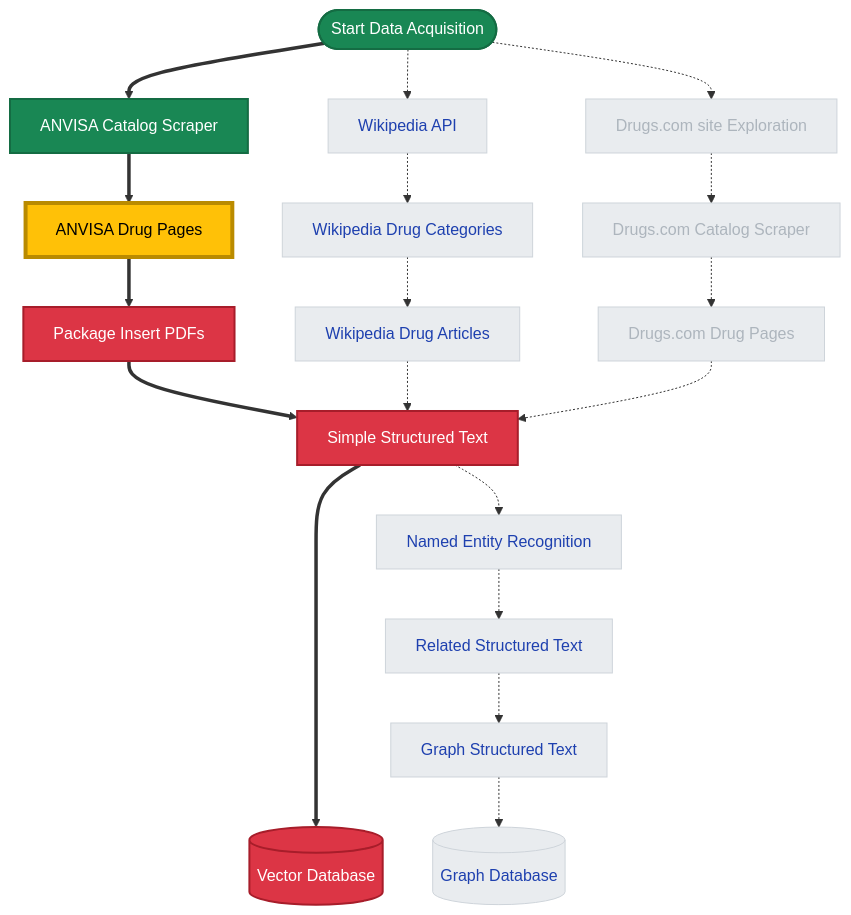
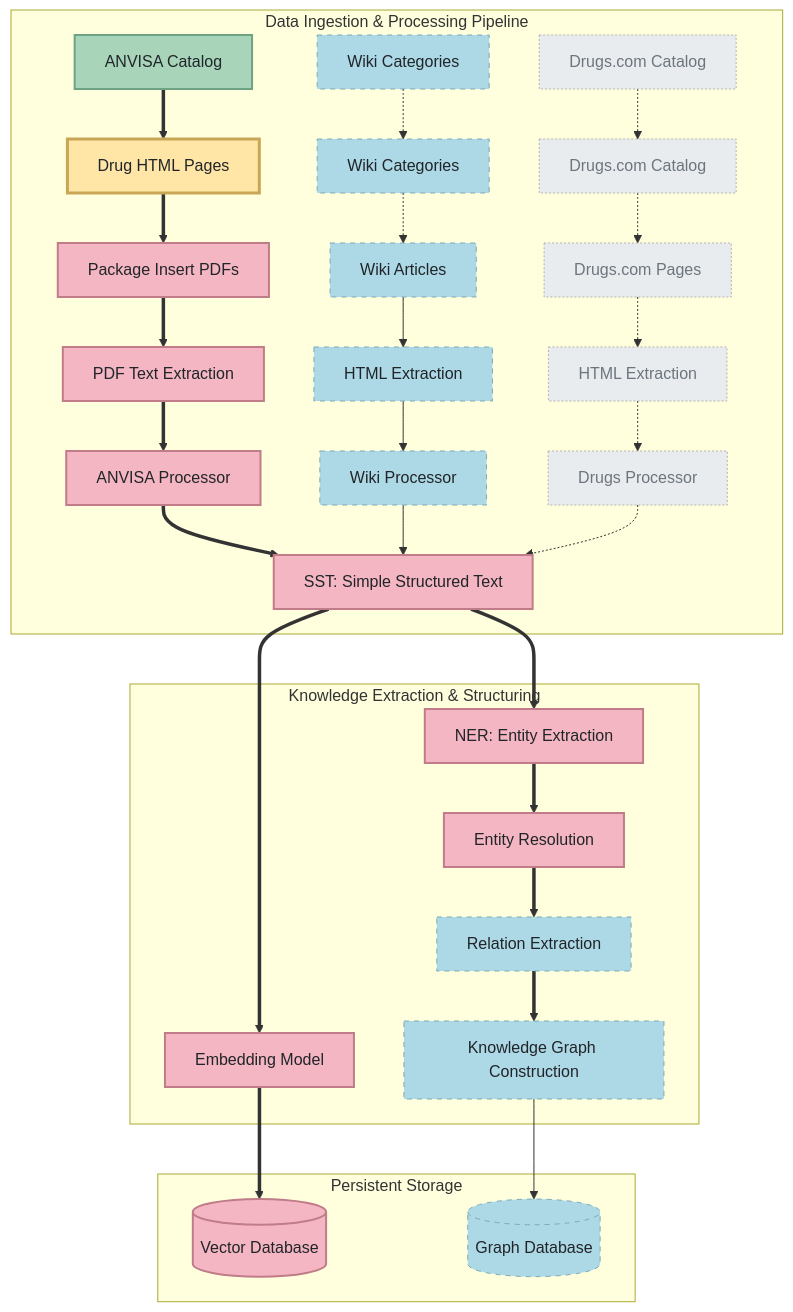
The second of 2 diagrams in docs/index.md (vinnylg/leafletslm), drawn with Mermaid before and after one commit. The commit also changed other lines of this file and 6 other files, not shown here.

````diff
--- a/docs/index.md
+++ b/docs/index.md
@@ -27,43 +49,71 @@
 ```mermaid
 flowchart TD
-    classDef done fill:#198754,stroke:#146c43,stroke-width:2px,color:white;
-    classDef active fill:#ffc107,stroke:#ba8b00,stroke-width:4px,color:black;
-    classDef mvp fill:#dc3545,stroke:#a71d2a,stroke-width:2px,color:white;
-    classDef future fill:#e9ecef,stroke:#ced4da,stroke-width:1px,color:#1e40af;
-    classDef dead fill:#e9ecef,stroke:#ced4da,stroke-width:1px,color:#adb5bd;
+
+    %% Definição de Estilos
+    classDef done fill:#a8d5ba,stroke:#6da382,stroke-width:2px,color:#212529;
+    classDef active fill:#ffe6a7,stroke:#c9a655,stroke-width:3px,color:#212529;
+    classDef must fill:#f4b6c2,stroke:#c07c88,stroke-width:2px,color:#212529;
+    classDef could fill:#add8e6,stroke:#7daab6,stroke-width:1px,stroke-dasharray: 5 5,color:#212529;
+    classDef drop fill:#e9ecef,stroke:#b0b0b0,stroke-width:1px,stroke-dasharray: 2 2,color:#6c757d;
+
+    %% Subgrafo Unificado: Ingestão e Processamento
+    subgraph Pipeline [Data Ingestion & Processing Pipeline]
         
-    Begin([Start Data Acquisition]):::done
+        %% Track ANVISA
+        AnvisaCat[ANVISA Catalog]:::done
+        AnvisaPage[Drug HTML Pages]:::active
+        AnvisaPDF[Package Insert PDFs]:::must
+        AExt[PDF Text Extraction]:::must
+        AProc[ANVISA Processor]:::must
+
+        %% Track Wikipedia
+        WikiA[Wiki Categories]:::could
+        Wiki[Wiki Categories]:::could
+        WikiPage[Wiki Articles]:::could
+        WExt[HTML Extraction]:::could
+        WProc[Wiki Processor]:::could
+
+        %% Track Drugs.com
+        DrugsA[Drugs.com Catalog]:::drop
+        Drugs[Drugs.com Catalog]:::drop
+        DrugsPage[Drugs.com Pages]:::drop
+        DExt[HTML Extraction]:::drop
+        DProc[Drugs Processor]:::drop
+
+        %% Convergence Point
+        SST[SST: Simple Structured Text]:::must
+
+        %% Fluxos
+        AnvisaCat ==> AnvisaPage ==> AnvisaPDF ==> AExt ==> AProc ==> SST
+        WikiA -.-> Wiki -.->WikiPage --> WExt --> WProc --> SST
+        DrugsA -.-> Drugs -.-> DrugsPage -.-> DExt -.-> DProc -.-> SST
+    end
+
+    %% Subgrafo: Enriquecimento Semântico (NLP)
+    subgraph Enrichment [Knowledge Extraction & Structuring]
+        
+        %% Caminho Vetorial
+        Embed[Embedding Model]:::must
+        
+        %% Caminho do Grafo
+        NER[NER: Entity Extraction]:::must
+        EntRes[Entity Resolution]:::must
+        RelExt[Relation Extraction]:::could
+        KGConst[Knowledge Graph Construction]:::could
+
+        %% Conexões Lógicas
+        SST ==> Embed
+        SST ==> NER ==> EntRes ==> RelExt ==> KGConst
+    end
     
-    Catalog[ANVISA Catalog Scraper]:::done
-    AnvisaPage[ANVISA Drug Pages]:::active
-    PDF[Package Insert PDFs]:::mvp 
-    
-    WikiAPI[Wikipedia API]:::future
-    Wiki[Wikipedia Drug Categories]:::future
-    WikiPage[Wikipedia Drug Articles]:::future
-    
-    Drugs[Drugs.com site Exploration]:::future
-    DrugsCat[Drugs.com Catalog Scraper]:::future
-    DrugsPage[Drugs.com Drug Pages]:::future
-    
-    SST[Simple Structured Text]:::mvp
-    NER[Named Entity Recognition]:::future
-    RST[Related Structured Text]:::future
-    GST[Graph Structured Text]:::future
-    
-    VDB[(Vector Database)]:::mvp
-    GDB[(Graph Database)]:::future
+    %% Subgrafo: Armazenamento
+    subgraph Storage [Persistent Storage]
+        VDB[(Vector Database)]:::must
+        GDB[(Graph Database)]:::could
 
-    Begin ==> Catalog ==> AnvisaPage ==> PDF ==> SST
-    Begin -.-> WikiAPI -.-> Wiki -.-> WikiPage -.-> SST
-    Begin -.-> Drugs -.-> DrugsCat -.-> DrugsPage -.-> SST
-            
-    SST =====> VDB
-    SST -.-> NER -.-> RST -.-> GST -.-> GDB
-    
-    class Drugs dead
-    class DrugsCat dead
-    class DrugsPage dead
+        Embed ==> VDB
+        KGConst --> GDB
+    end
 
-    click Catalog "reference/scraper/anvisa/catalog/" "See Catalog Activity Diagram"
+    click AnvisaCat "reference/scraper/anvisa/catalog/" "See Anvisa Catalog Module"
 ```
````
